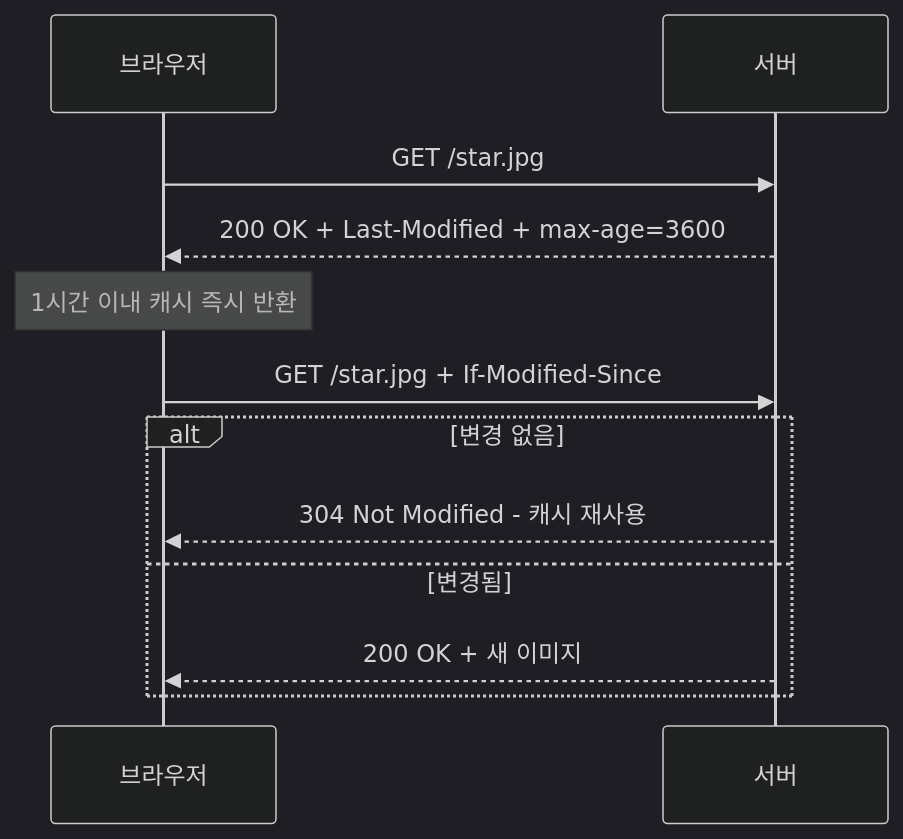
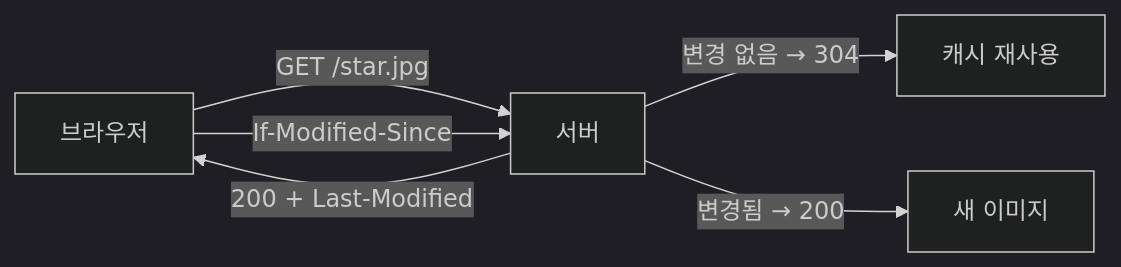
Before and after one commit to yjkim2015/yjkim2015.github.io: the third of 5 diagrams in _posts/http/2021-02-18-http-9.md, drawn with Mermaid (dark theme). The commit also changed other lines of this file and 163 other files, not shown here.

First line of the commit message:
Mermaid 300개 블록 내용 축소: 5노드 5엣지 이하, 의미 있는 약어

````diff
--- a/_posts/http/2021-02-18-http-9.md
+++ b/_posts/http/2021-02-18-http-9.md
@@ -111,14 +111,8 @@
 ```mermaid
-sequenceDiagram
-    participant C as 브라우저
-    participant S as 서버
-    C->>S: GET /star.jpg
-    S-->>C: 200 OK + Last-Modified + max-age=3600
-    Note over C: 1시간 이내 캐시 즉시 반환
-    C->>S: GET /star.jpg + If-Modified-Since
-    alt 변경 없음
-        S-->>C: 304 Not Modified - 캐시 재사용
-    else 변경됨
-        S-->>C: 200 OK + 새 이미지
-    end
+graph LR
+    C["브라우저"] -->|"GET /star.jpg"| S["서버"]
+    S -->|"200 + Last-Modified"| C
+    C -->|"If-Modified-Since"| S
+    S -->|"변경 없음 → 304"| CACHE["캐시 재사용"]
+    S -->|"변경됨 → 200"| NEW["새 이미지"]
 ```
````
